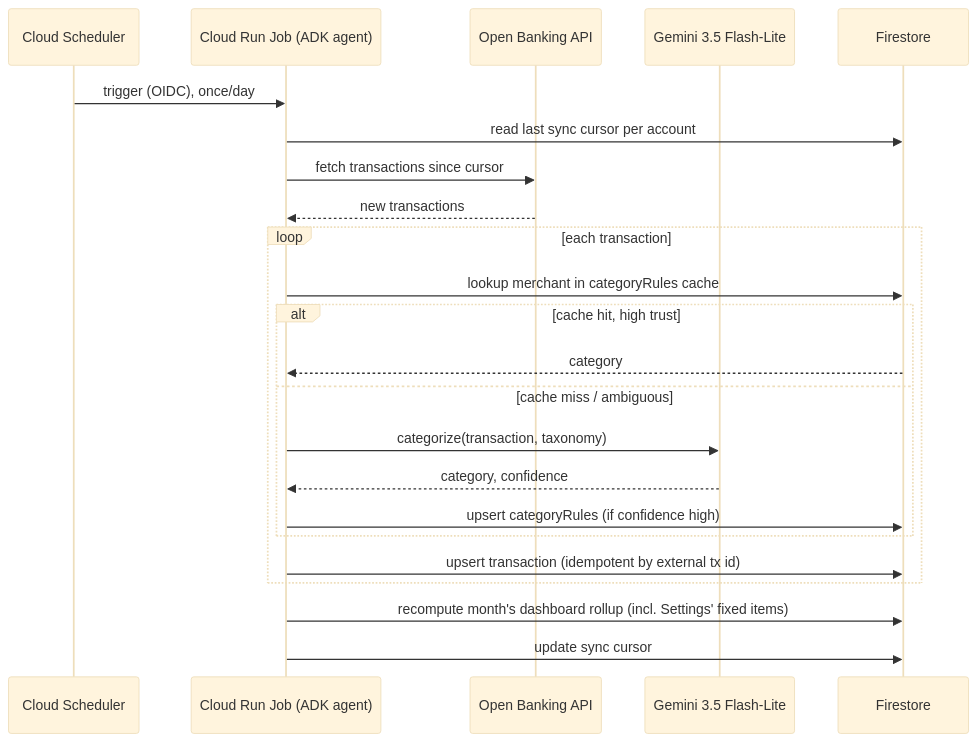
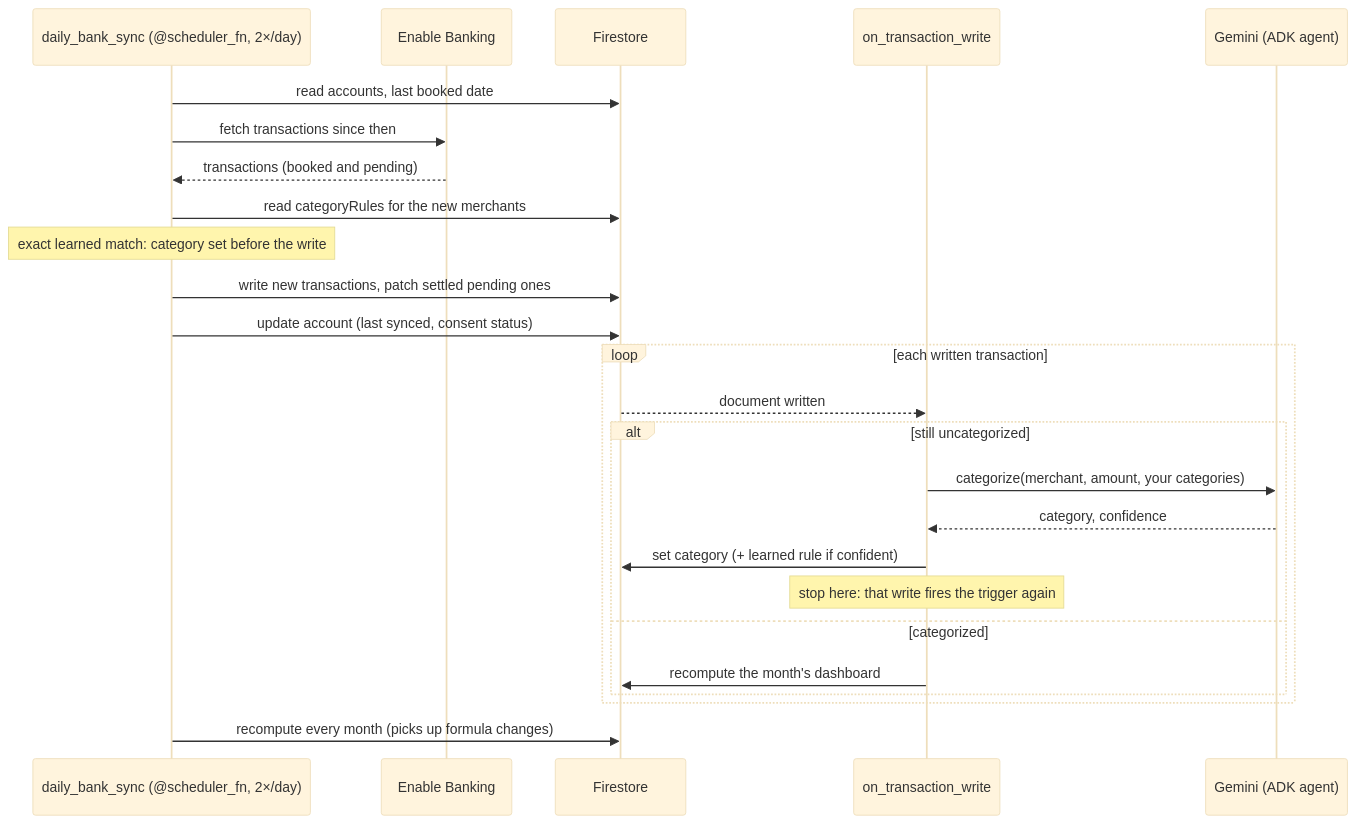
One commit to ffilipasoares/home_app changed the second of 2 diagrams in docs/ARCHITECTURE.md. Above: the diagram before and after it, drawn with Mermaid (base theme). The commit also changed other lines of this file and 20 other files, not shown here.

````diff
--- a/docs/ARCHITECTURE.md
+++ b/docs/ARCHITECTURE.md
@@ -232,26 +242,28 @@
 ```mermaid
 sequenceDiagram
-    participant Sched as Cloud Scheduler
-    participant Job as Cloud Run Job (ADK agent)
-    participant OB as Open Banking API
-    participant Gemini as Gemini 3.5 Flash-Lite
+    participant Sync as daily_bank_sync (@scheduler_fn, 2×/day)
+    participant OB as Enable Banking
     participant FS as Firestore
+    participant Trig as on_transaction_write
+    participant Gemini as Gemini (ADK agent)
 
-    Sched->>Job: trigger (OIDC), once/day
-    Job->>FS: read last sync cursor per account
-    Job->>OB: fetch transactions since cursor
-    OB-->>Job: new transactions
-    loop each transaction
-        Job->>FS: lookup merchant in categoryRules cache
-        alt cache hit, high trust
-            FS-->>Job: category
-        else cache miss / ambiguous
-            Job->>Gemini: categorize(transaction, taxonomy)
-            Gemini-->>Job: category, confidence
-            Job->>FS: upsert categoryRules (if confidence high)
+    Sync->>FS: read accounts, last booked date
+    Sync->>OB: fetch transactions since then
+    OB-->>Sync: transactions (booked and pending)
+    Sync->>FS: read categoryRules for the new merchants
+    Note over Sync: exact learned match: category set before the write
+    Sync->>FS: write new transactions, patch settled pending ones
+    Sync->>FS: update account (last synced, consent status)
+    loop each written transaction
+        FS-->>Trig: document written
+        alt still uncategorized
+            Trig->>Gemini: categorize(merchant, amount, your categories)
+            Gemini-->>Trig: category, confidence
+            Trig->>FS: set category (+ learned rule if confident)
+            Note over Trig: stop here: that write fires the trigger again
+        else categorized
+            Trig->>FS: recompute the month's dashboard
         end
-        Job->>FS: upsert transaction (idempotent by external tx id)
     end
-    Job->>FS: recompute month's dashboard rollup (incl. Settings' fixed items)
-    Job->>FS: update sync cursor
+    Sync->>FS: recompute every month (picks up formula changes)
 ```
````
